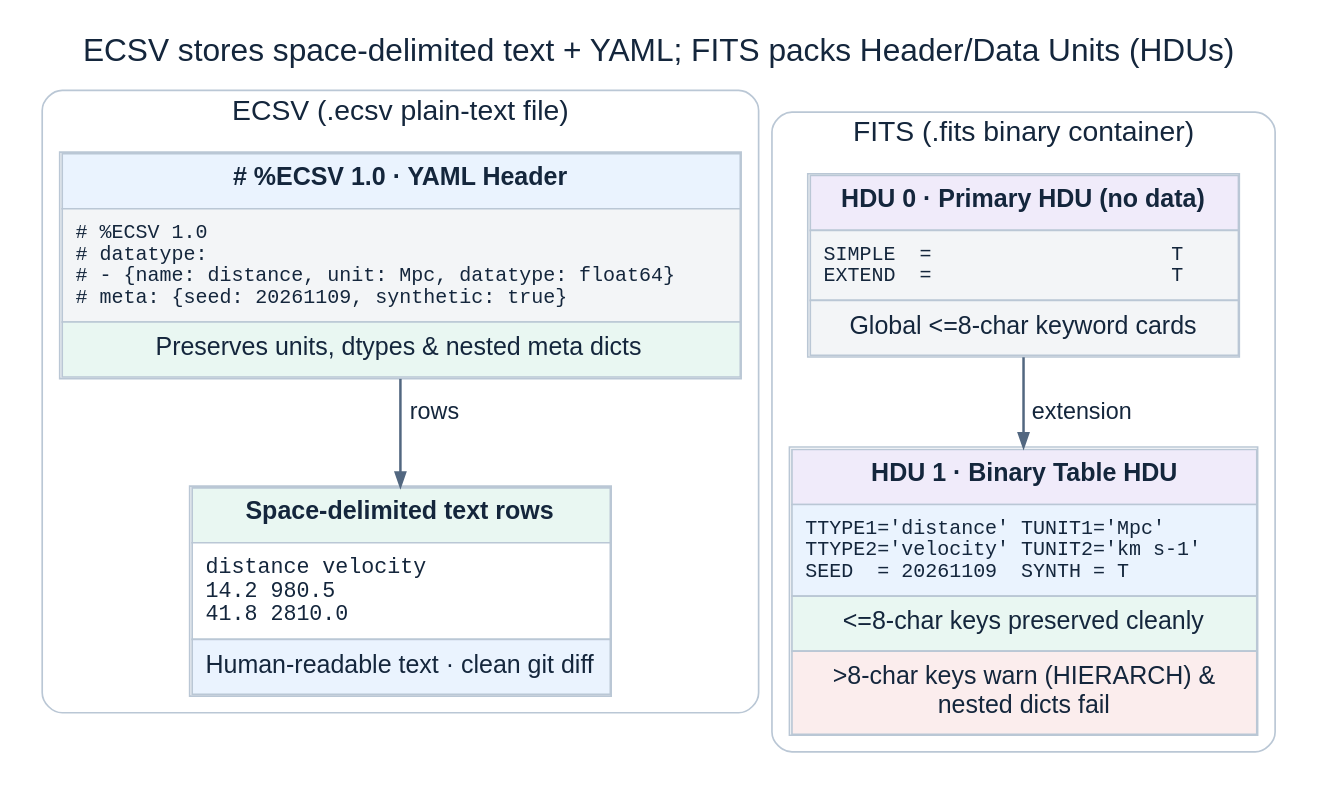
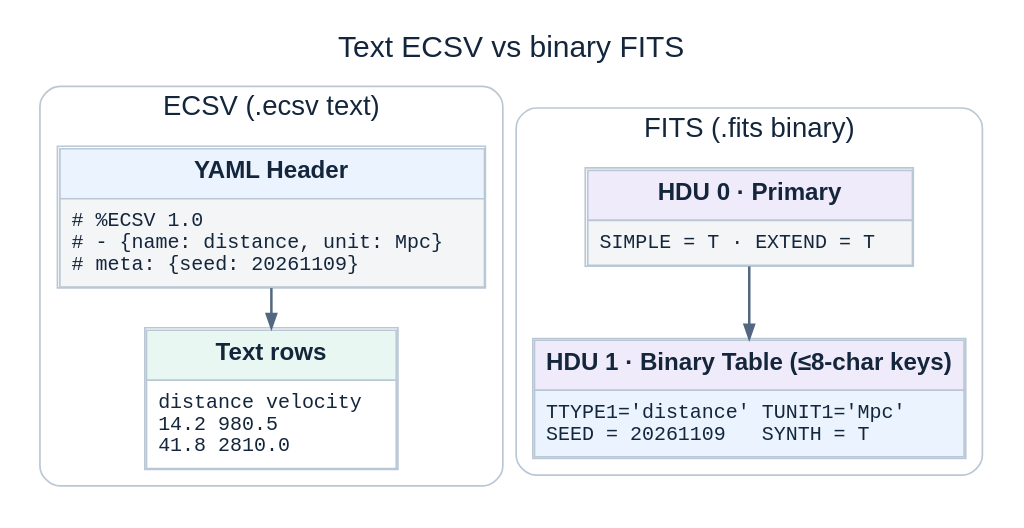
Before and after one commit to xangma/jupyter_data_languages: the diagram in book/diagrams/fits-vs-ecsv.dot, drawn with Graphviz. The commit also changed 20 other files, not shown here.

Commit message:
Trim all remaining Primer, Session 1, Session 3, and Signal diagrams

```diff
--- a/book/diagrams/fits-vs-ecsv.dot
+++ b/book/diagrams/fits-vs-ecsv.dot
@@ -1,66 +1,61 @@
-// Source: 01-catalogue.ipynb; Astropy Table serialization comparison (ECSV vs FITS).
+// Source: 01-catalogue.ipynb; ECSV vs FITS structure.
 digraph fits_vs_ecsv {
   graph [
-    bgcolor="white", fontname="Arial", fontsize=19, fontcolor="#14263C",
-    label="ECSV stores space-delimited text + YAML; FITS packs Header/Data Units (HDUs)",
-    labelloc=t, rankdir=TB, newrank=true, nodesep=0.18, ranksep=0.36, pad=0.14
+    bgcolor="white", fontname="Arial", fontsize=18, fontcolor="#14263C",
+    label="Text ECSV vs binary FITS",
+    labelloc=t, rankdir=TB, newrank=true, nodesep=0.26, ranksep=0.34, pad=0.12
   ];
   node [
-    shape=plain, fontname="Arial", fontsize=15, fontcolor="#14263C",
+    shape=plain, fontname="Arial", fontsize=14.5, fontcolor="#14263C",
     color="#BAC7D5", penwidth=1.4
   ];
   edge [
-    fontname="Arial", fontsize=14, fontcolor="#14263C",
+    fontname="Arial", fontsize=13, fontcolor="#14263C",
     color="#526780", penwidth=1.5, arrowsize=0.8
   ];
 
   subgraph cluster_ecsv {
-    label="ECSV (.ecsv plain-text file)";
-    fontsize=17; style="rounded"; color="#BAC7D5"; margin=10;
+    label="ECSV (.ecsv text)";
+    fontsize=16.5; style="rounded"; color="#BAC7D5"; margin=10;
 
     ecsv_hdr [label=<
-      <TABLE BORDER="1" CELLBORDER="1" CELLSPACING="0" CELLPADDING="7" COLOR="#BAC7D5">
-        <TR><TD BGCOLOR="#EAF3FE"><B># %ECSV 1.0 · YAML Header</B></TD></TR>
-        <TR><TD ALIGN="LEFT" BGCOLOR="#F3F5F7"><FONT FACE="Courier New" POINT-SIZE="12.5"># %ECSV 1.0<BR ALIGN="LEFT"/># datatype:<BR ALIGN="LEFT"/># - {name: distance, unit: Mpc, datatype: float64}&#160;&#160;<BR ALIGN="LEFT"/># meta: {seed: 20261109, synthetic: true}&#160;&#160;<BR ALIGN="LEFT"/></FONT></TD></TR>
-        <TR><TD BGCOLOR="#E9F7F2">Preserves units, dtypes &amp; nested meta dicts</TD></TR>
+      <TABLE BORDER="1" CELLBORDER="1" CELLSPACING="0" CELLPADDING="6" COLOR="#BAC7D5">
+        <TR><TD BGCOLOR="#EAF3FE"><B>YAML Header</B></TD></TR>
+        <TR><TD ALIGN="LEFT" BGCOLOR="#F3F5F7"><FONT FACE="Courier New" POINT-SIZE="12"># %ECSV 1.0<BR ALIGN="LEFT"/># - {name: distance, unit: Mpc}&#160;<BR ALIGN="LEFT"/># meta: {seed: 20261109}&#160;<BR ALIGN="LEFT"/></FONT></TD></TR>
       </TABLE>
     >];
 
     ecsv_body [label=<
-      <TABLE BORDER="1" CELLBORDER="1" CELLSPACING="0" CELLPADDING="7" COLOR="#BAC7D5">
-        <TR><TD BGCOLOR="#E9F7F2"><B>Space-delimited text rows</B></TD></TR>
-        <TR><TD ALIGN="LEFT" BGCOLOR="#FFFFFF"><FONT FACE="Courier New" POINT-SIZE="13">distance velocity&#160;&#160;<BR ALIGN="LEFT"/>14.2 980.5&#160;&#160;<BR ALIGN="LEFT"/>41.8 2810.0&#160;&#160;<BR ALIGN="LEFT"/></FONT></TD></TR>
-        <TR><TD BGCOLOR="#EAF3FE">Human-readable text · clean git diff</TD></TR>
+      <TABLE BORDER="1" CELLBORDER="1" CELLSPACING="0" CELLPADDING="6" COLOR="#BAC7D5">
+        <TR><TD BGCOLOR="#E9F7F2"><B>Text rows</B></TD></TR>
+        <TR><TD ALIGN="LEFT" BGCOLOR="#FFFFFF"><FONT FACE="Courier New" POINT-SIZE="12">distance velocity&#160;<BR ALIGN="LEFT"/>14.2 980.5<BR ALIGN="LEFT"/>41.8 2810.0<BR ALIGN="LEFT"/></FONT></TD></TR>
       </TABLE>
     >];
 
-    ecsv_hdr -> ecsv_body [label="  rows"];
+    ecsv_hdr -> ecsv_body;
   }
 
   subgraph cluster_fits {
-    label="FITS (.fits binary container)";
-    fontsize=17; style="rounded"; color="#BAC7D5"; margin=10;
+    label="FITS (.fits binary)";
+    fontsize=16.5; style="rounded"; color="#BAC7D5"; margin=10;
 
     fits_hdu0 [label=<
-      <TABLE BORDER="1" CELLBORDER="1" CELLSPACING="0" CELLPADDING="7" COLOR="#BAC7D5">
-        <TR><TD BGCOLOR="#F0EBFA"><B>HDU 0 · Primary HDU (no data)</B></TD></TR>
-        <TR><TD ALIGN="LEFT" BGCOLOR="#F3F5F7"><FONT FACE="Courier New" POINT-SIZE="12.5">SIMPLE  =                    T&#160;&#160;<BR ALIGN="LEFT"/>EXTEND  =                    T&#160;&#160;<BR ALIGN="LEFT"/></FONT></TD></TR>
-        <TR><TD BGCOLOR="#F3F5F7">Global &lt;=8-char keyword cards</TD></TR>
+      <TABLE BORDER="1" CELLBORDER="1" CELLSPACING="0" CELLPADDING="6" COLOR="#BAC7D5">
+        <TR><TD BGCOLOR="#F0EBFA"><B>HDU 0 · Primary</B></TD></TR>
+        <TR><TD ALIGN="LEFT" BGCOLOR="#F3F5F7"><FONT FACE="Courier New" POINT-SIZE="12">SIMPLE = T · EXTEND = T&#160;</FONT></TD></TR>
       </TABLE>
     >];
 
     fits_hdu1 [label=<
-      <TABLE BORDER="1" CELLBORDER="1" CELLSPACING="0" CELLPADDING="7" COLOR="#BAC7D5">
-        <TR><TD BGCOLOR="#F0EBFA"><B>HDU 1 · Binary Table HDU</B></TD></TR>
-        <TR><TD ALIGN="LEFT" BGCOLOR="#EAF3FE"><FONT FACE="Courier New" POINT-SIZE="12.5">TTYPE1='distance' TUNIT1='Mpc'&#160;&#160;<BR ALIGN="LEFT"/>TTYPE2='velocity' TUNIT2='km s-1'&#160;&#160;<BR ALIGN="LEFT"/>SEED  = 20261109  SYNTH = T&#160;&#160;<BR ALIGN="LEFT"/></FONT></TD></TR>
-        <TR><TD BGCOLOR="#E9F7F2">&lt;=8-char keys preserved cleanly</TD></TR>
-        <TR><TD BGCOLOR="#FBEDED">&gt;8-char keys warn (HIERARCH) &amp;<BR/>nested dicts fail</TD></TR>
+      <TABLE BORDER="1" CELLBORDER="1" CELLSPACING="0" CELLPADDING="6" COLOR="#BAC7D5">
+        <TR><TD BGCOLOR="#F0EBFA"><B>HDU 1 · Binary Table (≤8-char keys)</B></TD></TR>
+        <TR><TD ALIGN="LEFT" BGCOLOR="#EAF3FE"><FONT FACE="Courier New" POINT-SIZE="12">TTYPE1='distance' TUNIT1='Mpc'&#160;<BR ALIGN="LEFT"/>SEED = 20261109   SYNTH = T&#160;<BR ALIGN="LEFT"/></FONT></TD></TR>
       </TABLE>
     >];
 
-    fits_hdu0 -> fits_hdu1 [label="  extension"];
+    fits_hdu0 -> fits_hdu1;
   }
 
   { rank=same; ecsv_hdr; fits_hdu0; }
   { rank=same; ecsv_body; fits_hdu1; }
 }
```
